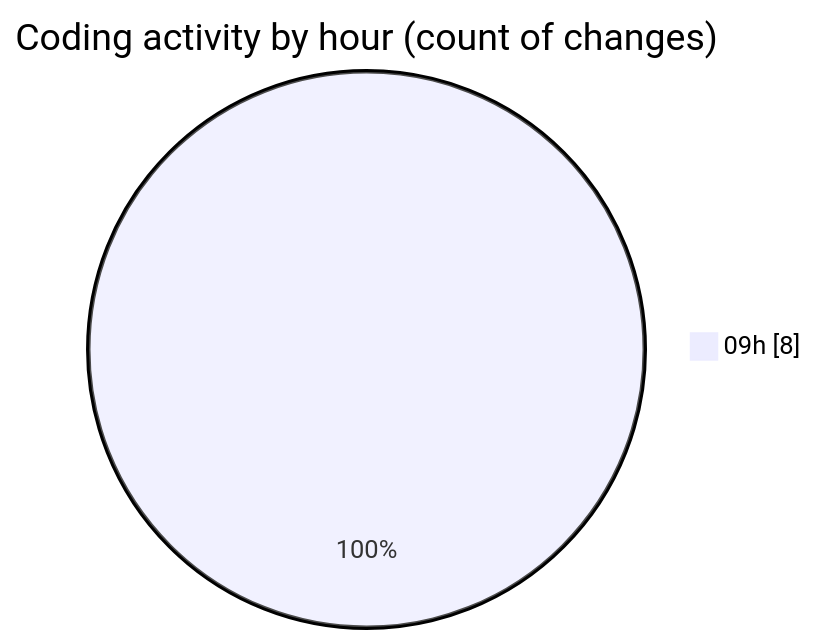
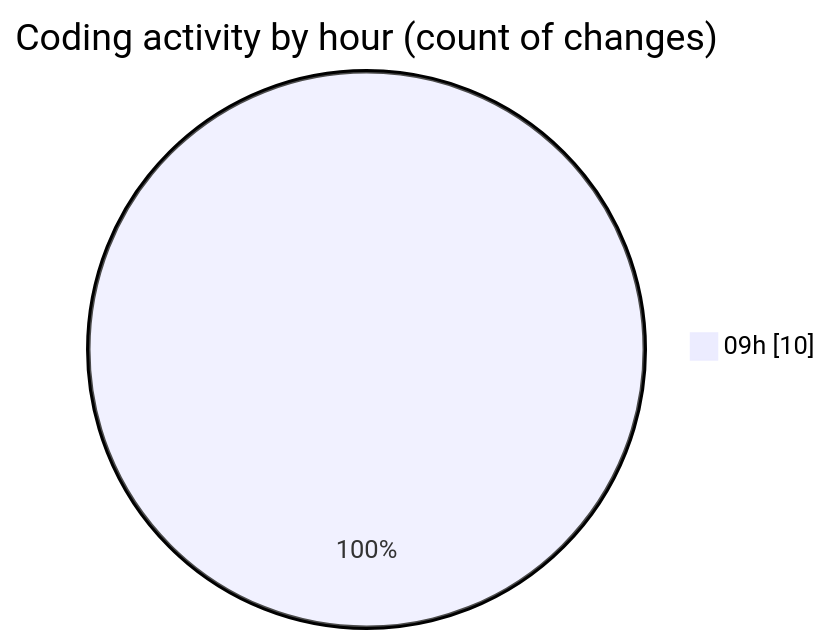
The second of 2 diagrams in 2025-01-30/java/README.md (NitaiMahat/code-tracking), drawn with Mermaid before and after one commit. The commit also changed other lines of this file and 1 other file, not shown here.

````diff
--- a/2025-01-30/java/README.md
+++ b/2025-01-30/java/README.md
@@ -28,5 +28,5 @@
 ```mermaid
 pie showData
 title Coding activity by hour (count of changes)
-"09h" : 8
+"09h" : 10
 ```
````
